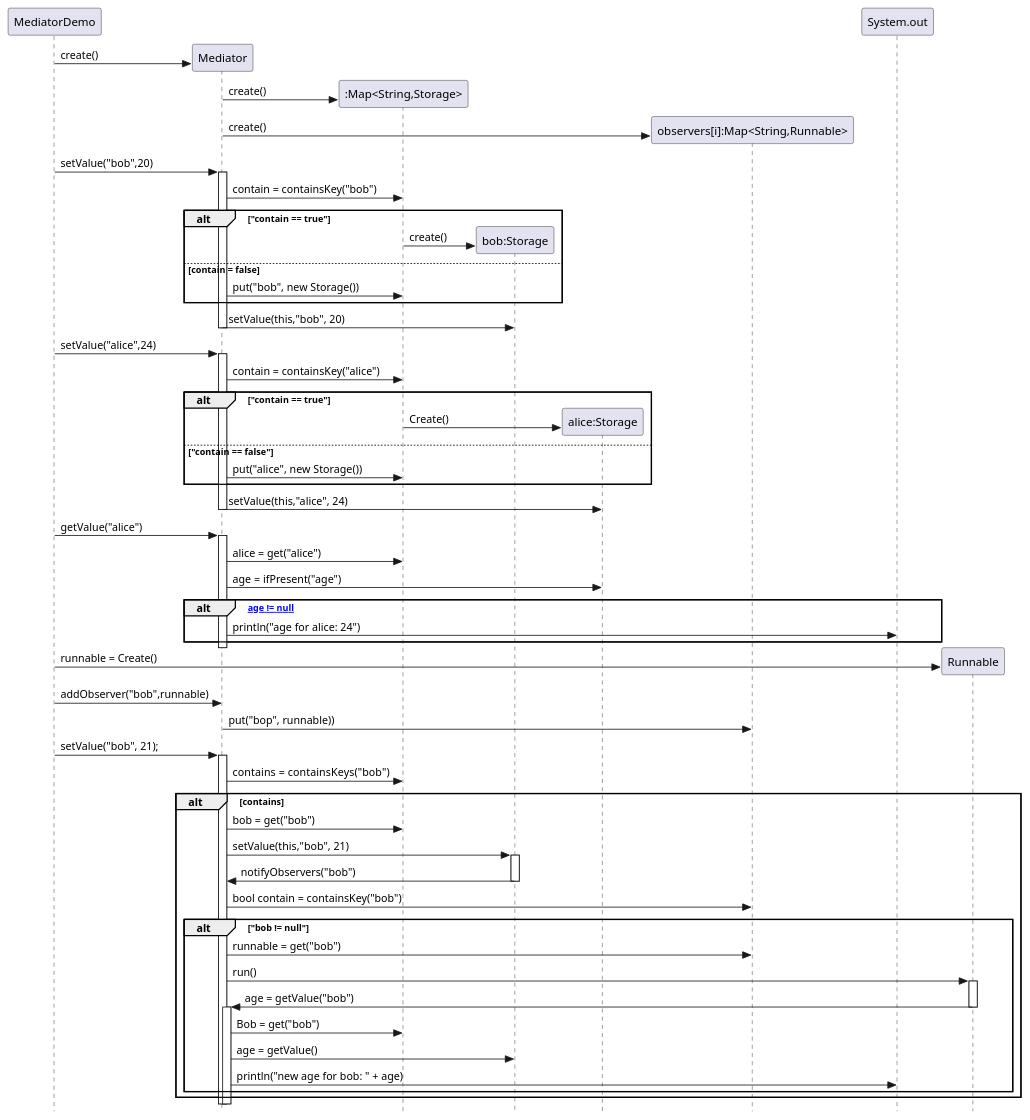
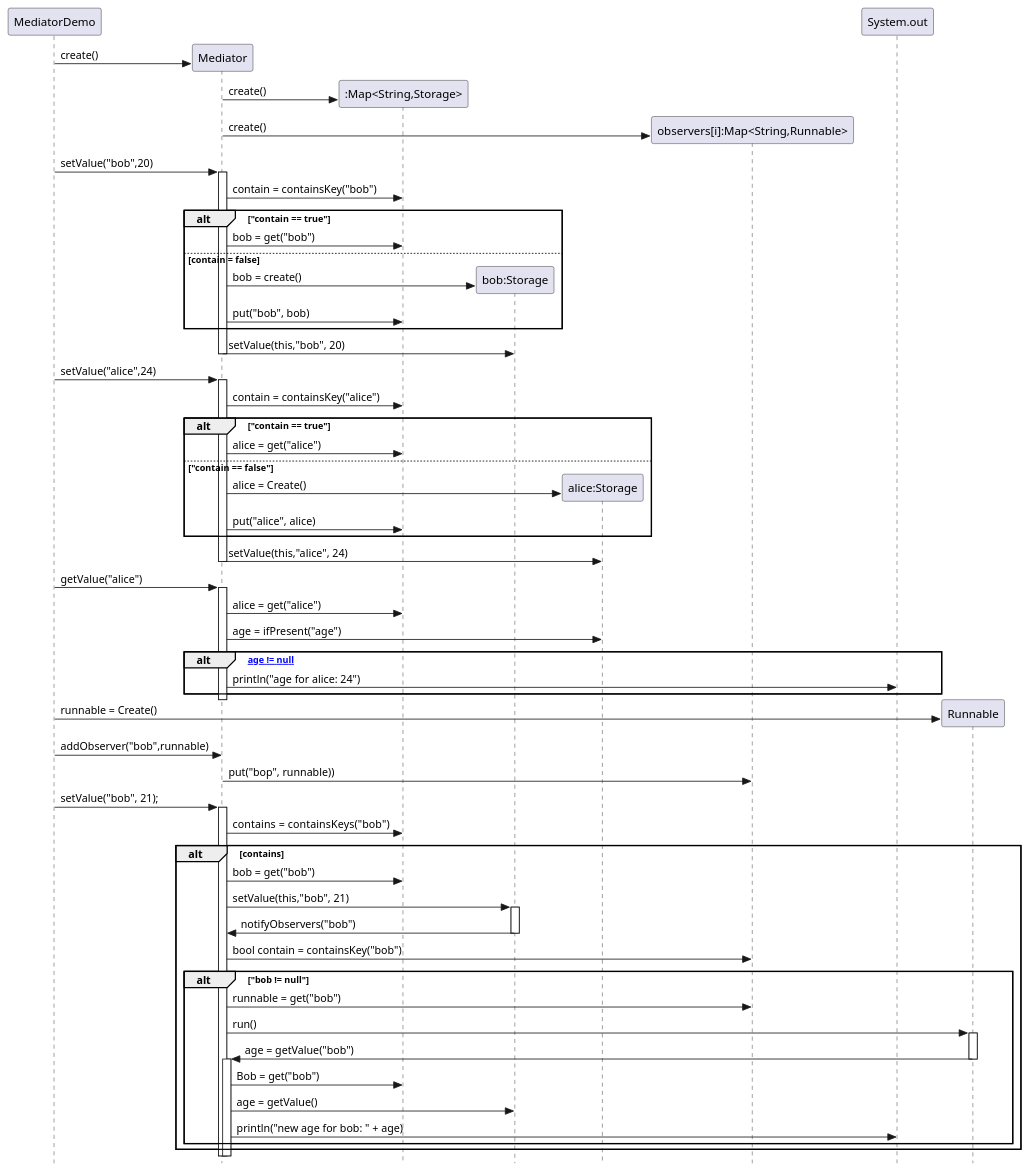
One commit to yvanross/LOG121-GOF-exemples changed the second of 2 diagrams in src/main/java/Mediateur/Storage/README.md. Above: the diagram before and after it, drawn with PlantUML.

Commit message:
create bob and alice

````diff
--- a/src/main/java/Mediateur/Storage/README.md
+++ b/src/main/java/Mediateur/Storage/README.md
@@ -15,75 +15,77 @@
 ```plantuml
 @startuml
 skinparam style strictuml
 participant MediatorDemo 
 participant Mediator
 participant ":Map<String,Storage>" as MSS
 participant "bob:Storage" as Bob
 participant "alice:Storage" as Alice
 participant "observers[i]:Map<String,Runnable>" as Observers
 
 MediatorDemo -> Mediator**: create()
 Mediator -> MSS**: create()
 Mediator -> Observers**: create()
 MediatorDemo -> Mediator: setValue("bob",20)
 activate Mediator
 Mediator -> MSS: contain = containsKey("bob")
 alt "contain == true"
-  MSS -> Bob**: create()
+Mediator -> MSS: bob = get("bob")
 else contain = false
-Mediator -> MSS: put("bob", new Storage())
+  Mediator -> Bob**: bob = create()
+Mediator -> MSS: put("bob", bob)
 end
 Mediator -> Bob: setValue(this,"bob", 20)
 deactivate Mediator
 
 MediatorDemo -> Mediator: setValue("alice",24)
 activate Mediator
 Mediator -> MSS: contain = containsKey("alice")
 alt "contain == true"
-  MSS -> Alice**: Create()
+Mediator -> MSS: alice = get("alice")
   else "contain == false"
-  Mediator -> MSS: put("alice", new Storage())
+  Mediator -> Alice**: alice = Create()
+  Mediator -> MSS: put("alice", alice)
 end
 Mediator -> Alice: setValue(this,"alice", 24)
 deactivate Mediator
 
 MediatorDemo-> Mediator: getValue("alice")
 activate Mediator
 Mediator -> MSS: alice = get("alice")
 Mediator -> Alice: age = ifPresent("age")
 alt ["age != null"]
 Mediator -> System.out: println("age for alice: 24")
 end
 deactivate Mediator
 
 MediatorDemo -> Runnable**: runnable = Create()
 MediatorDemo -> Mediator: addObserver("bob",runnable) 
 Mediator -> Observers: put("bop", runnable))
 
 MediatorDemo->Mediator: setValue("bob", 21);
 activate Mediator
 
 Mediator -> MSS: contains =  containsKeys("bob")
 alt contains
 Mediator -> MSS: bob = get("bob")
 Mediator -> Bob: setValue(this,"bob", 21)
 activate Bob
 Bob -> Mediator: notifyObservers("bob")
 deactivate Bob
 Mediator -> Observers: bool contain = containsKey("bob")
 alt "bob != null"
 Mediator -> Observers: runnable = get("bob")
 Mediator -> Runnable: run()
 activate Runnable
 Mediator <- Runnable: age = getValue("bob")
 deactivate Runnable
 activate Mediator
 Mediator -> MSS: Bob = get("bob")
 Mediator -> Bob: age = getValue()
 Mediator -> System.out: println("new age for bob: " + age)
 end
 end
 
 
 @enduml
 ```
````
